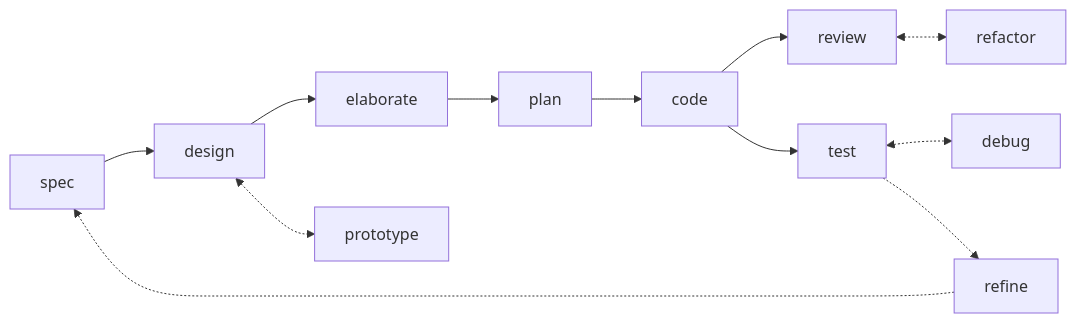
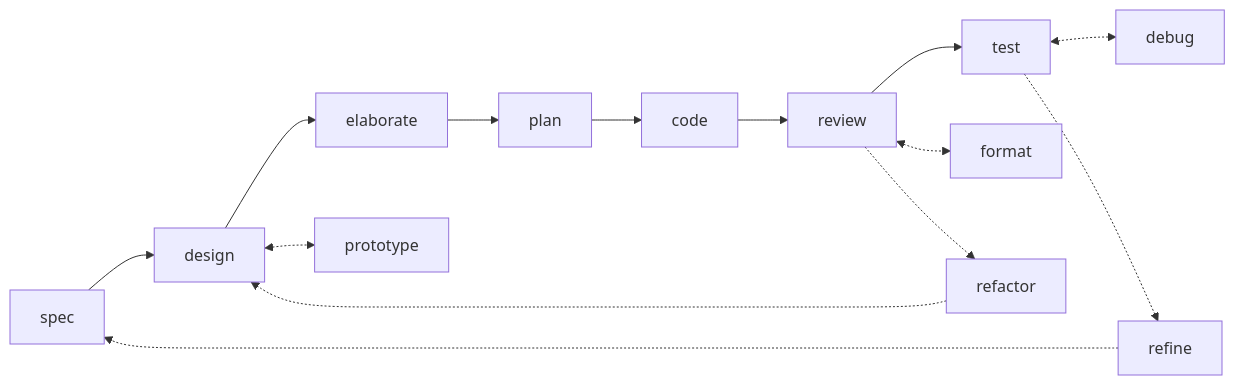
One commit to kieranpotts/skills changed the first of 2 diagrams in README.md. Above: the diagram before and after it, drawn with Mermaid. The commit also changed other lines of this file, not shown here.

Commit message:
maintenance: general review of readme content and presentation

````diff
--- a/README.md
+++ b/README.md
@@ -31,18 +31,21 @@
 ```mermaid
 flowchart LR
+  %% Main workflow.
   spec --> design
   design --> elaborate
   elaborate --> plan
   plan --> code
+  code --> review
+  review --> test
 
-  code --> review
-  review <-.-> refactor
-
-  code --> test
+  %% Small iterative cycles.
+  design <-.-> prototype
+  review <-.-> format
   test <-.-> debug
 
+  %% Big feedback loops.
+  review -.-> refactor
+  refactor -.-> design
   test -.-> refine
   refine -.-> spec
-
-  design <-.-> prototype
 ```
````
